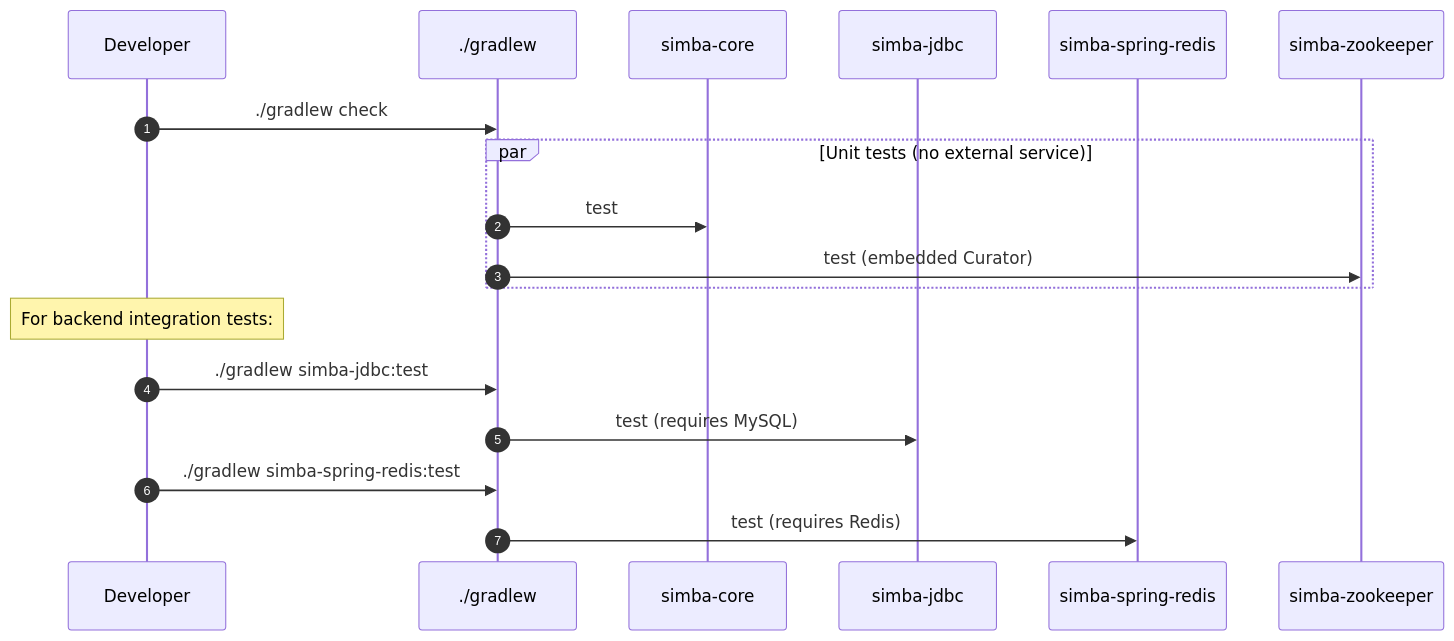
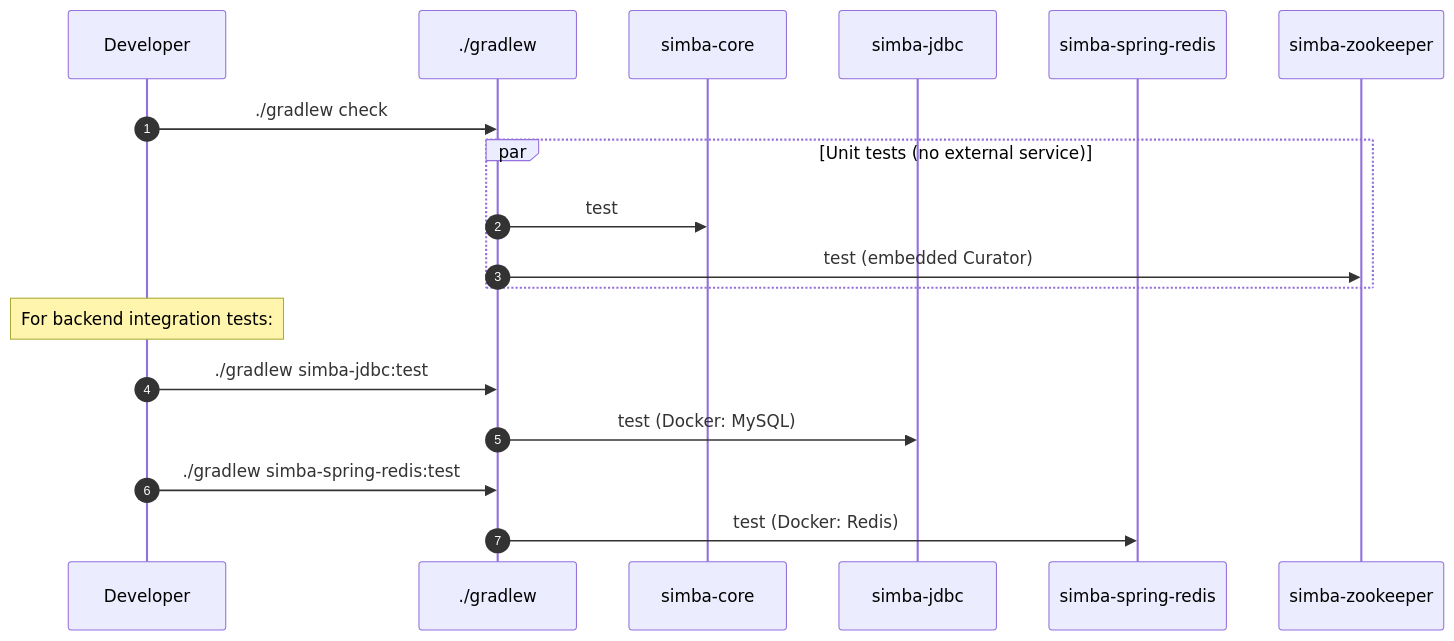
Before and after one commit to Ahoo-Wang/Simba: the third of 5 diagrams in wiki/guide/contributing.md, drawn with Mermaid. The commit also changed other lines of this file and 25 other files, not shown here.

First line of the commit message:
test: run JDBC and Redis tests with Testcontainers (#565)

````diff
--- a/wiki/guide/contributing.md
+++ b/wiki/guide/contributing.md
@@ -201,21 +176,21 @@
 ```mermaid
 sequenceDiagram
 autonumber
     participant Dev as Developer
     participant GW as ./gradlew
     participant SC as simba-core
     participant SJ as simba-jdbc
     participant SR as simba-spring-redis
     participant SZ as simba-zookeeper
 
     Dev->>GW: ./gradlew check
     par Unit tests (no external service)
         GW->>SC: test
         GW->>SZ: test (embedded Curator)
     end
     Note over Dev: For backend integration tests:
     Dev->>GW: ./gradlew simba-jdbc:test
-    GW->>SJ: test (requires MySQL)
+    GW->>SJ: test (Docker: MySQL)
     Dev->>GW: ./gradlew simba-spring-redis:test
-    GW->>SR: test (requires Redis)
+    GW->>SR: test (Docker: Redis)
 ```
````
